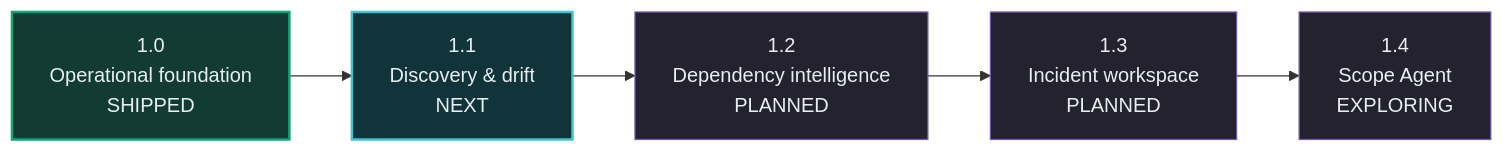
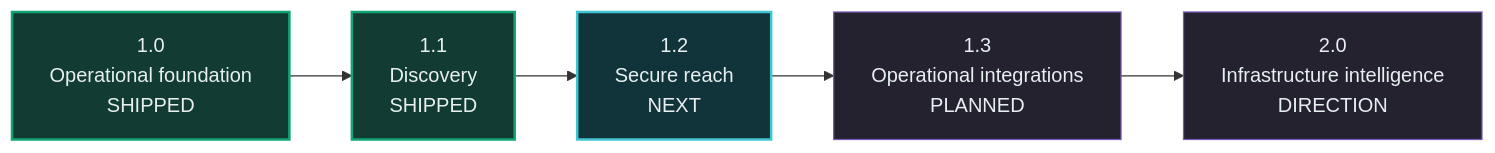
The third of 3 diagrams in README.md (vt-global-de/scope), drawn with Mermaid before and after one commit. The commit also changed other lines of this file and 38 other files, not shown here.

````diff
--- a/README.md
+++ b/README.md
@@ -166,14 +167,14 @@
 ```mermaid
 flowchart LR
-    v10["1.0<br/>Operational foundation<br/>SHIPPED"] --> v11["1.1<br/>Discovery & drift<br/>NEXT"]
-    v11 --> v12["1.2<br/>Dependency intelligence<br/>PLANNED"]
-    v12 --> v13["1.3<br/>Incident workspace<br/>PLANNED"]
-    v13 --> v14["1.4<br/>Scope Agent<br/>EXPLORING"]
+    v10["1.0<br/>Operational foundation<br/>SHIPPED"] --> v11["1.1<br/>Discovery<br/>SHIPPED"]
+    v11 --> v12["1.2<br/>Secure reach<br/>NEXT"]
+    v12 --> v13["1.3<br/>Operational integrations<br/>PLANNED"]
+    v13 --> v20["2.0<br/>Infrastructure intelligence<br/>DIRECTION"]
 
     classDef shipped fill:#123c33,stroke:#10a474,color:#e7eff1,stroke-width:2px;
     classDef next fill:#10343a,stroke:#40c4cf,color:#e7eff1,stroke-width:2px;
     classDef planned fill:#25222f,stroke:#7658b5,color:#e7eff1;
-    class v10 shipped;
-    class v11 next;
-    class v12,v13,v14 planned;
+    class v10,v11 shipped;
+    class v12 next;
+    class v13,v20 planned;
 ```
````
